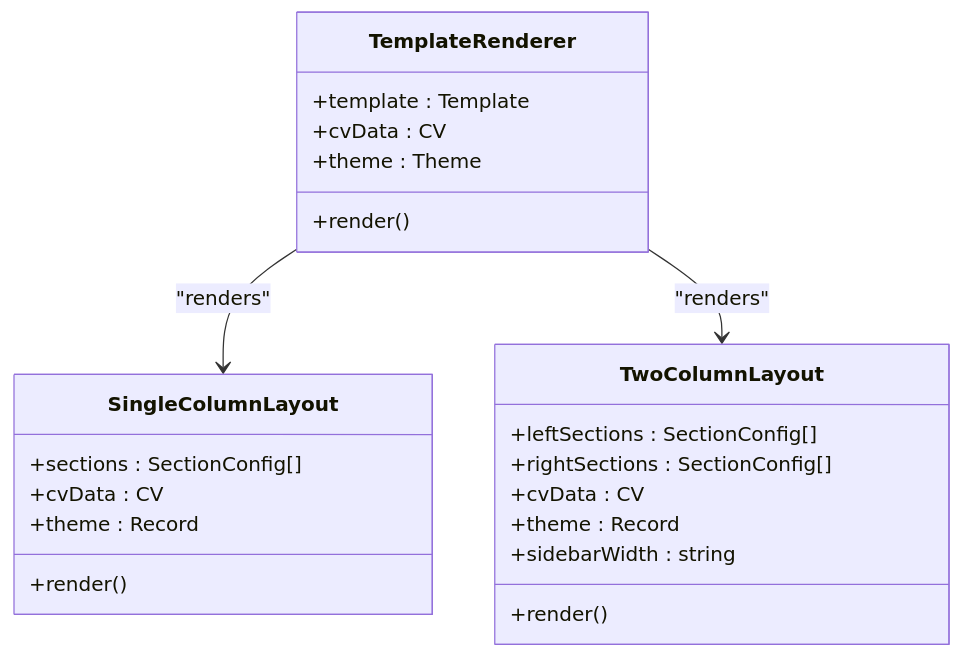
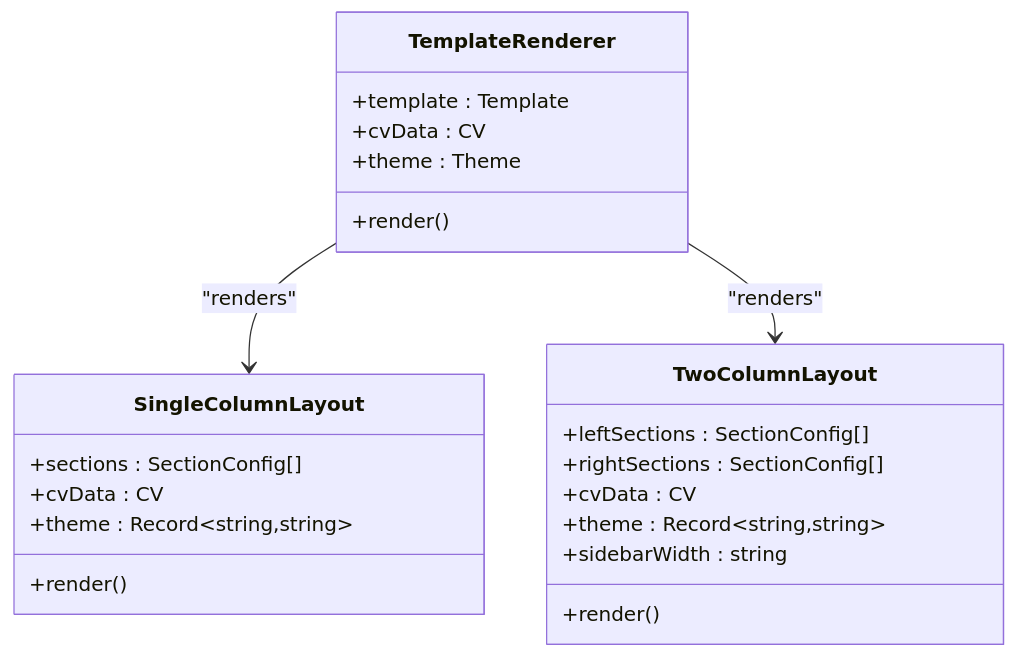
One commit to DoVuDung/cv-portfolio-builder changed the fifth of 6 diagrams in .qoder/repowiki/en/content/Template Engine/Template Engine.md. Above: the diagram before and after it, drawn with Mermaid. The commit also changed other lines of this file and 26 other files, not shown here.

First line of the commit message:
docs(agent): update AI Agent System with MCP tool architecture and CV Builder integration

````diff
--- a/.qoder/repowiki/en/content/Template Engine/Template Engine.md
+++ b/.qoder/repowiki/en/content/Template Engine/Template Engine.md
@@ -247,25 +312,25 @@
 ```mermaid
 classDiagram
 class SingleColumnLayout {
 +sections : SectionConfig[]
 +cvData : CV
-+theme : Record<string,string>
++theme : Record~string,string~
 +render()
 }
 class TwoColumnLayout {
 +leftSections : SectionConfig[]
 +rightSections : SectionConfig[]
 +cvData : CV
-+theme : Record<string,string>
++theme : Record~string,string~
 +sidebarWidth : string
 +render()
 }
 class TemplateRenderer {
 +template : Template
 +cvData : CV
 +theme : Theme
 +render()
 }
 TemplateRenderer --> SingleColumnLayout : "renders"
 TemplateRenderer --> TwoColumnLayout : "renders"
 ```
````
